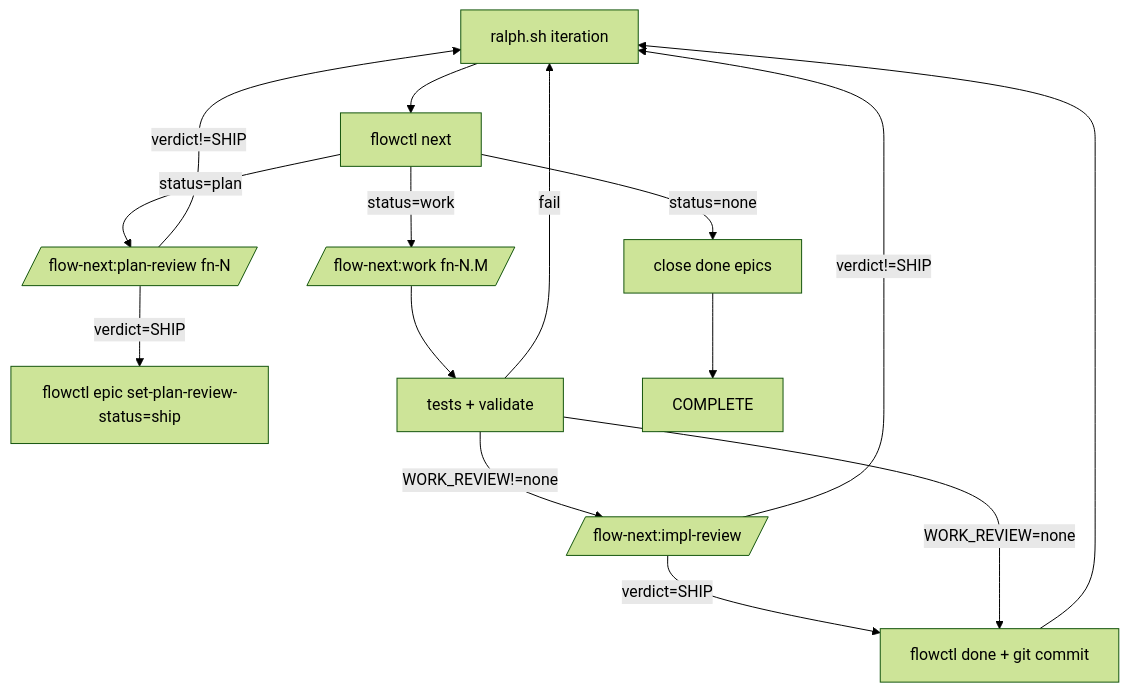
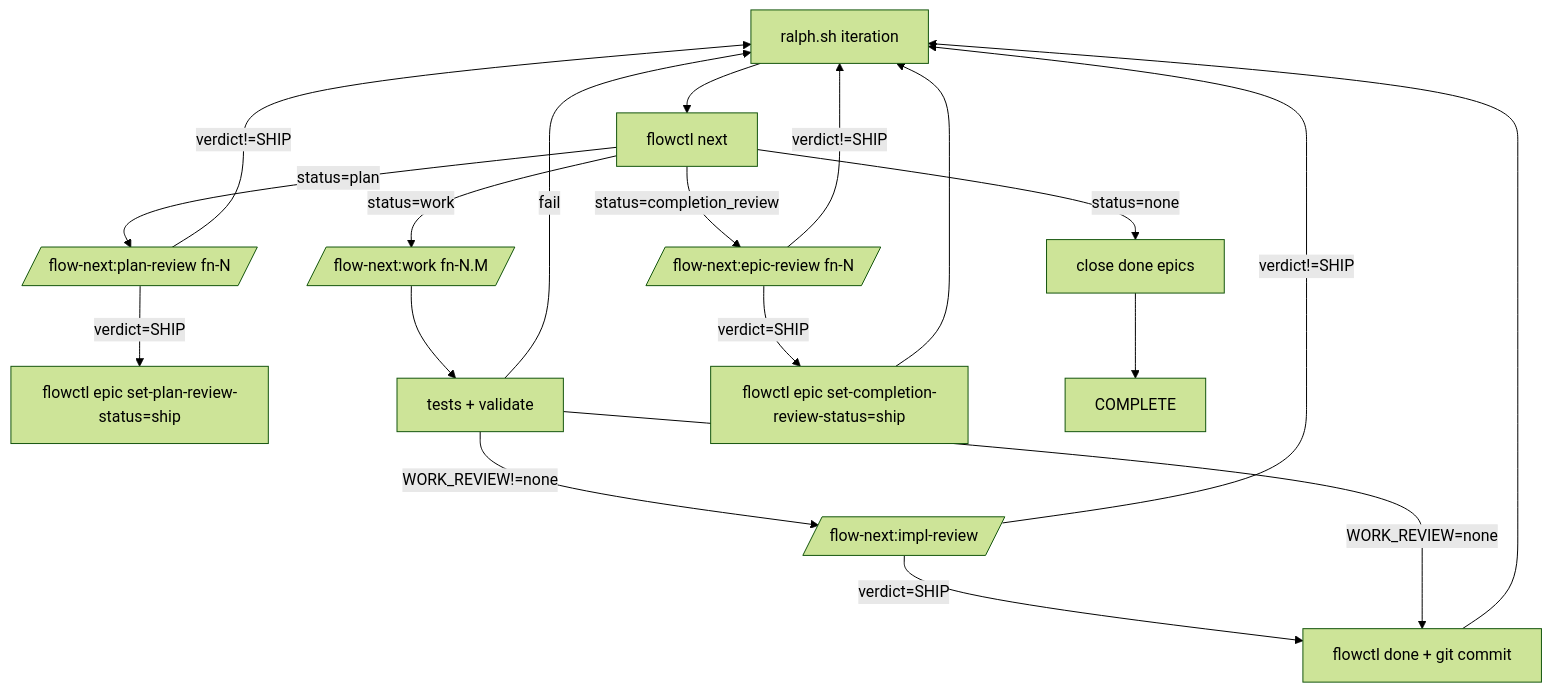
One commit to z23cc/gmickel-claude-marketplace changed the second of 2 diagrams in plugins/flow-next/README.md. Above: the diagram before and after it, drawn with Mermaid (forest theme). The commit also changed other lines of this file, not shown here.

Commit message:
docs(flow-next): add epic-review to workflow flowcharts

````diff
--- a/plugins/flow-next/README.md
+++ b/plugins/flow-next/README.md
@@ -1230,21 +1236,27 @@
 ```mermaid
 flowchart TD
   A[ralph.sh iteration] --> B[flowctl next]
   B -->|status=plan| C[/flow-next:plan-review fn-N/]
   C -->|verdict=SHIP| D[flowctl epic set-plan-review-status=ship]
   C -->|verdict!=SHIP| A
 
   B -->|status=work| E[/flow-next:work fn-N.M/]
   E --> F[tests + validate]
   F -->|fail| A
 
   F -->|WORK_REVIEW!=none| R[/flow-next:impl-review/]
   R -->|verdict=SHIP| G[flowctl done + git commit]
   R -->|verdict!=SHIP| A
 
   F -->|WORK_REVIEW=none| G
 
   G --> A
+
+  B -->|status=completion_review| CR[/flow-next:epic-review fn-N/]
+  CR -->|verdict=SHIP| CRD[flowctl epic set-completion-review-status=ship]
+  CR -->|verdict!=SHIP| A
+  CRD --> A
+
   B -->|status=none| H[close done epics]
   H --> I[<promise>COMPLETE</promise>]
 ```
````
